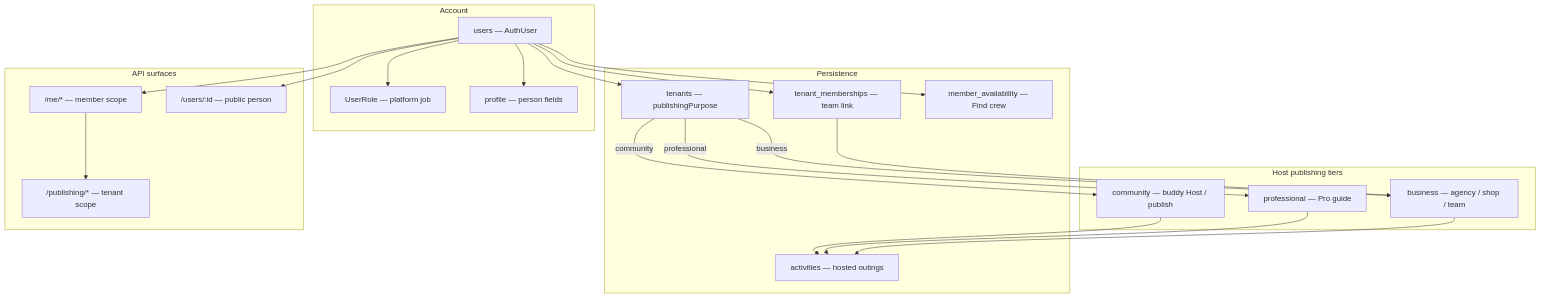
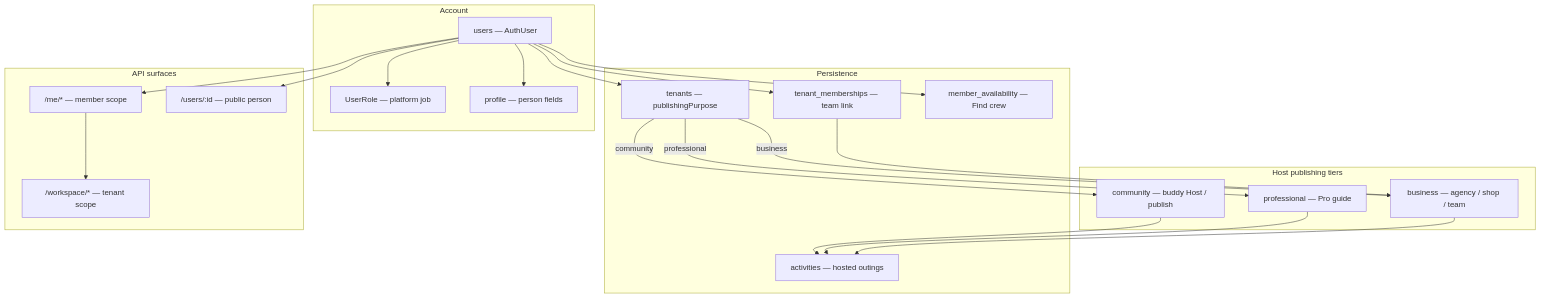
The diagram in docs/MEMBER_MODEL.md (rajpurchasync/UAEtrail), drawn with Mermaid before and after one commit. The commit also changed other lines of this file and 158 other files, not shown here.

````diff
--- a/docs/MEMBER_MODEL.md
+++ b/docs/MEMBER_MODEL.md
@@ -50,43 +50,43 @@
 ```mermaid
 flowchart TB
   subgraph account [Account]
     U[users — AuthUser]
     UR[UserRole — platform job]
     UP[profile — person fields]
   end
 
   subgraph tiers [Host publishing tiers]
     C[community — buddy Host / publish]
     P[professional — Pro guide]
     B[business — agency / shop / team]
   end
 
   subgraph storage [Persistence]
     T[tenants — publishingPurpose]
     TM[tenant_memberships — team link]
     A[activities — hosted outings]
     AV[member_availability — Find crew]
   end
 
   subgraph api [API surfaces]
     ME["/me/* — member scope"]
-    PUBWS["/publishing/* — tenant scope"]
+    PUBWS["/workspace/* — tenant scope"]
     PUB["/users/:id — public person"]
   end
 
   U --> UP
   U --> UR
   U --> TM
   U --> T
   T -->|community| C
   T -->|professional| P
   T -->|business| B
   TM --> B
   C --> A
   P --> A
   B --> A
   U --> AV
   ME --> PUBWS
   U --> ME
   U --> PUB
 ```
````
